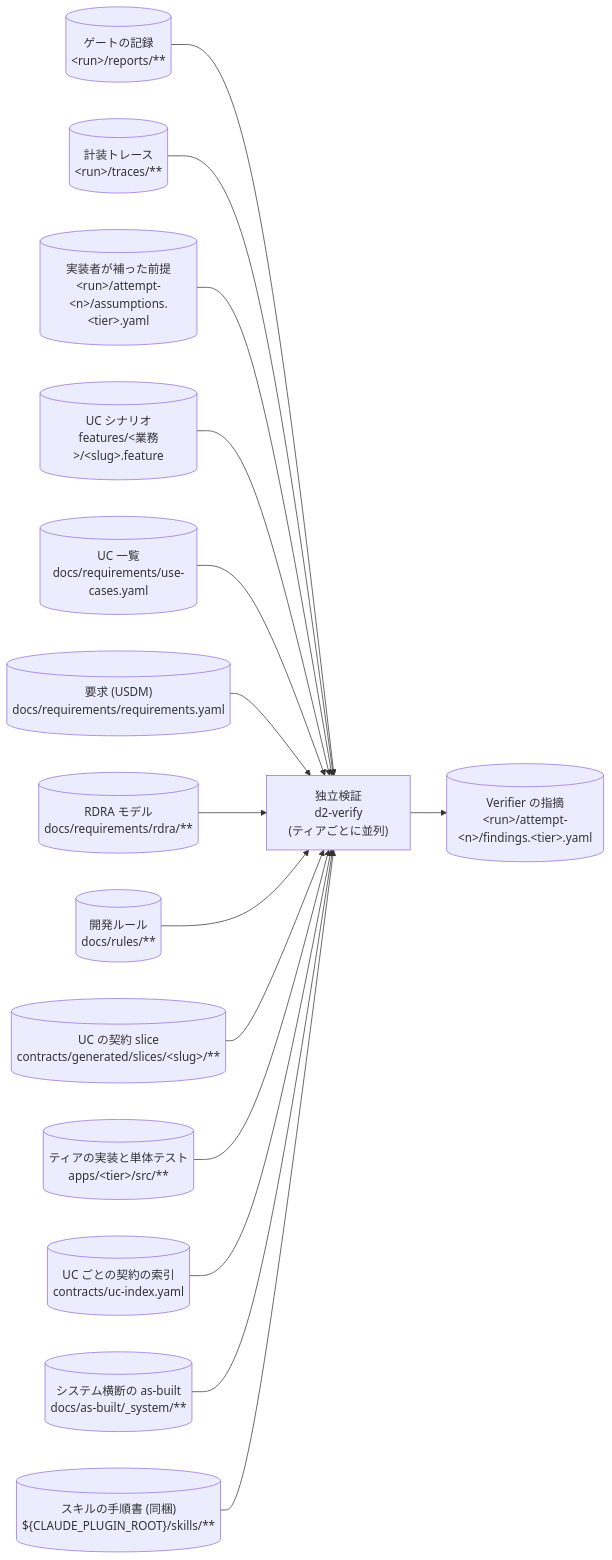
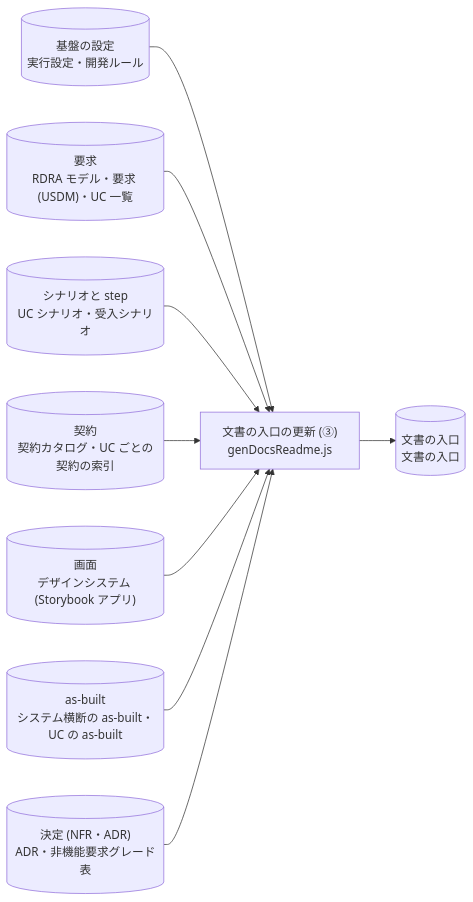
One commit to suwa-sh/suwa-sh-claude-plugins changed diagram 20 of 40 in plugins/distillery2/skills/d2-common/references/dataflow.md. Above: the diagram before and after it, drawn with Mermaid. The commit also changed other lines of this file and 6 other files, not shown here.

First line of the commit message:
feat(distillery2): DFD の図を段階・処理ごとに分けて読める大きさにする (0.1.21)

````diff
--- a/plugins/distillery2/skills/d2-common/references/dataflow.md
+++ b/plugins/distillery2/skills/d2-common/references/dataflow.md
@@ -576,32 +448,20 @@
 ```mermaid
 flowchart LR
-  s_skill_docs[("スキルの手順書 (同梱)<br/>${CLAUDE_PLUGIN_ROOT}/skills/**")]
-  s_req_usdm[("要求 (USDM)<br/>docs/requirements/requirements.yaml")]
-  s_req_rdra[("RDRA モデル<br/>docs/requirements/rdra/**")]
-  s_use_cases[("UC 一覧<br/>docs/requirements/use-cases.yaml")]
-  s_rules[("開発ルール<br/>docs/rules/**")]
-  s_uc_index[("UC ごとの契約の索引<br/>contracts/uc-index.yaml")]
-  s_contract_slice[("UC の契約 slice<br/>contracts/generated/slices/#lt;slug#gt;/**")]
-  s_feature[("UC シナリオ<br/>features/#lt;業務#gt;/#lt;slug#gt;.feature")]
-  s_tier_src[("ティアの実装と単体テスト<br/>apps/#lt;tier#gt;/src/**")]
-  s_assumptions[("実装者が補った前提<br/>#lt;run#gt;/attempt-#lt;n#gt;/assumptions.#lt;tier#gt;.yaml")]
-  s_findings[("Verifier の指摘<br/>#lt;run#gt;/attempt-#lt;n#gt;/findings.#lt;tier#gt;.yaml")]
-  s_reports[("ゲートの記録<br/>#lt;run#gt;/reports/**")]
-  s_traces[("計装トレース<br/>#lt;run#gt;/traces/**")]
-  s_asbuilt_system[("システム横断の as-built<br/>docs/as-built/_system/**")]
-  p_verify["独立検証<br/>d2-verify<br/>(ティアごとに並列)"]
-  s_reports --> p_verify
-  s_traces --> p_verify
-  s_assumptions --> p_verify
-  s_feature --> p_verify
-  s_use_cases --> p_verify
-  s_req_usdm --> p_verify
-  s_req_rdra --> p_verify
-  s_rules --> p_verify
-  s_contract_slice --> p_verify
-  s_tier_src --> p_verify
-  s_uc_index --> p_verify
-  s_asbuilt_system --> p_verify
-  s_skill_docs --> p_verify
-  p_verify --> s_findings
+  p_run_foundation_docs_readme["文書の入口の更新 (③)<br/>genDocsReadme.js"]
+  g_settings[("基盤の設定<br/>実行設定・開発ルール")]
+  g_requirements[("要求<br/>RDRA モデル・要求 (USDM)・UC 一覧")]
+  g_scenarios[("シナリオと step<br/>UC シナリオ・受入シナリオ")]
+  g_contracts[("契約<br/>契約カタログ・UC ごとの契約の索引")]
+  g_design[("画面<br/>デザインシステム (Storybook アプリ)")]
+  g_asbuilt[("as-built<br/>システム横断の as-built・UC の as-built")]
+  g_decisions[("決定 (NFR・ADR)<br/>ADR・非機能要求グレード表")]
+  g_docs[("文書の入口<br/>文書の入口")]
+  g_settings --> p_run_foundation_docs_readme
+  g_requirements --> p_run_foundation_docs_readme
+  g_scenarios --> p_run_foundation_docs_readme
+  g_contracts --> p_run_foundation_docs_readme
+  g_design --> p_run_foundation_docs_readme
+  g_asbuilt --> p_run_foundation_docs_readme
+  g_decisions --> p_run_foundation_docs_readme
+  p_run_foundation_docs_readme --> g_docs
 ```
````
